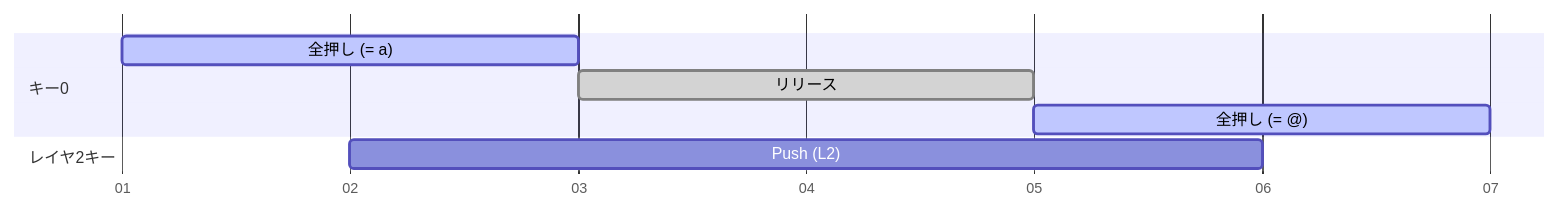
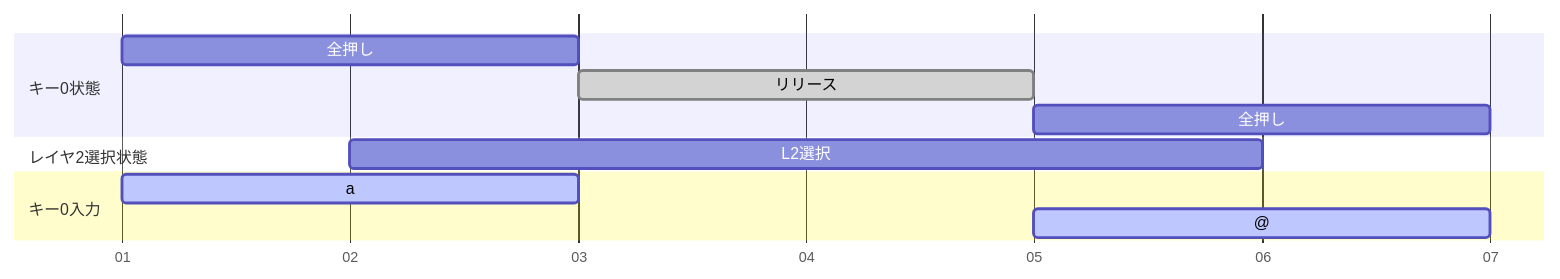
One commit to zbn10/MOKA changed the first of 7 diagrams in README.md. Above: the diagram before and after it, drawn with Mermaid. The commit also changed other lines of this file, not shown here.

Commit message:
fix any issues

````diff
--- a/README.md
+++ b/README.md
@@ -144,12 +144,15 @@
 ```mermaid
 gantt
     dateFormat DD
     axisFormat %d
     tickInterval 1day
-    section キー0
-        全押し (= a)  :active, a1, 01, 2d
+    section キー0状態
+        全押し  :a1, 01, 2d
         リリース     :done, a2, after a1, 2d
-        全押し (= @)  :active, a3, after a2, 2d
-    section レイヤ2キー
-        Push (L2)   :b1, 02, 4d
+        全押し  :a3, after a2, 2d
+    section レイヤ2選択状態
+        L2選択   :b1, 02, 4d
+    section キー0入力
+        a         :active, a1, 01, 2d
+        @         :active, a3, after a2, 2d
 ```
````
